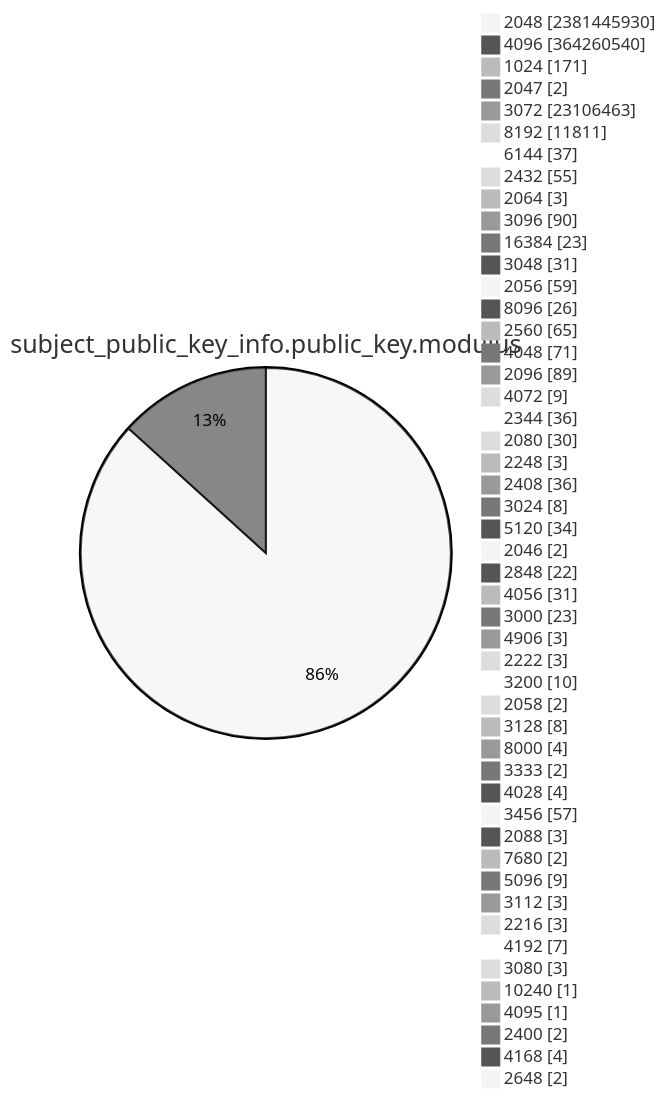
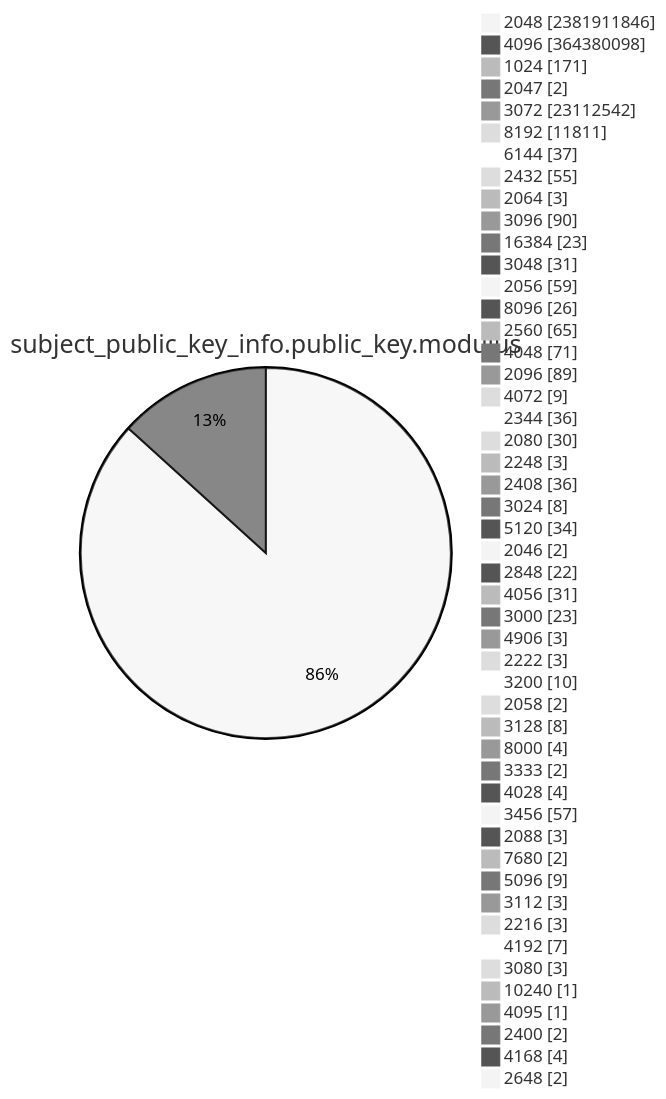
Before and after one commit to christiankrug/ctmonitor_visualization: diagram 13 of 15 in TOTAL/README.md, drawn with Mermaid (neutral theme). The commit also changed other lines of this file, not shown here.

````diff
--- a/TOTAL/README.md
+++ b/TOTAL/README.md
@@ -4167,53 +4167,53 @@
 ```mermaid
 pie showData
 title subject_public_key_info.public_key.modulus
-"2048" :2381445930
-"4096" :364260540
+"2048" :2381911846
+"4096" :364380098
 "1024" :171
 "2047" :2
-"3072" :23106463
+"3072" :23112542
 "8192" :11811
 "6144" :37
 "2432" :55
 "2064" :3
 "3096" :90
 "16384" :23
 "3048" :31
 "2056" :59
 "8096" :26
 "2560" :65
 "4048" :71
 "2096" :89
 "4072" :9
 "2344" :36
 "2080" :30
 "2248" :3
 "2408" :36
 "3024" :8
 "5120" :34
 "2046" :2
 "2848" :22
 "4056" :31
 "3000" :23
 "4906" :3
 "2222" :3
 "3200" :10
 "2058" :2
 "3128" :8
 "8000" :4
 "3333" :2
 "4028" :4
 "3456" :57
 "2088" :3
 "7680" :2
 "5096" :9
 "3112" :3
 "2216" :3
 "4192" :7
 "3080" :3
 "10240" :1
 "4095" :1
 "2400" :2
 "4168" :4
 "2648" :2
 ```
````
